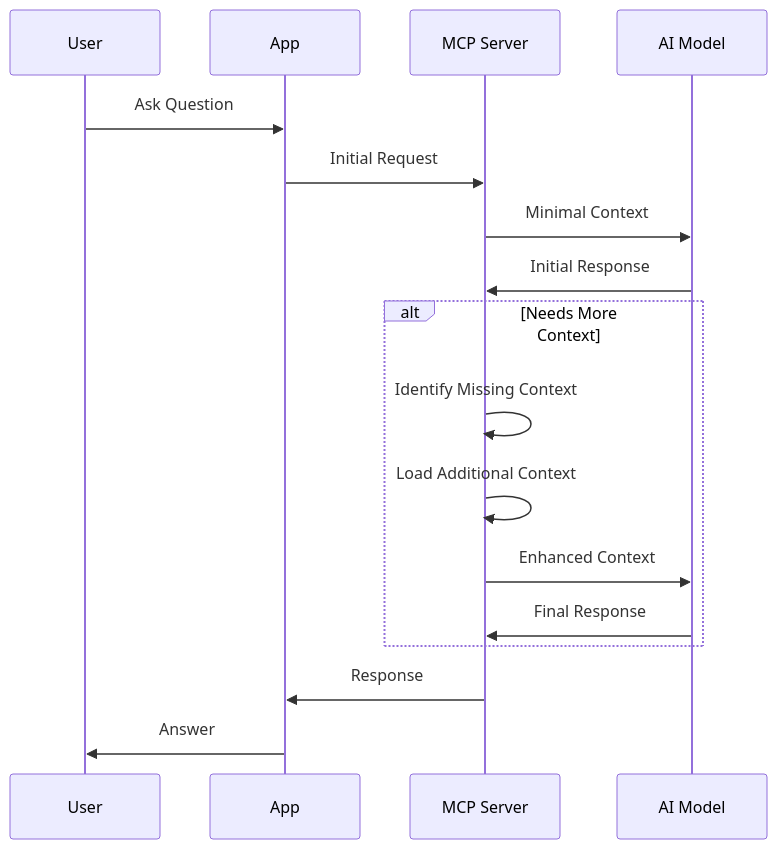
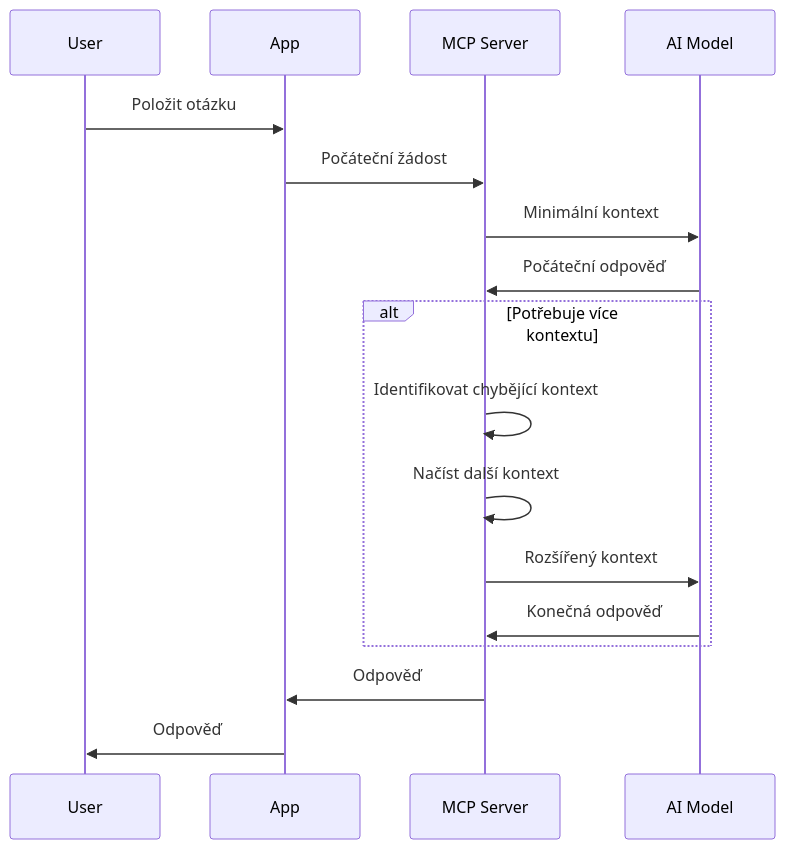
The fourth of 6 diagrams in mcp_ecosystem__model_context_protocol/mcp_learning_resources/mcp-for-beginners/translations/cs/05-AdvancedTopics/mcp-contextengineering/README.md (HIDORAKAI002/ai-workspace-archive), drawn with Mermaid before and after one commit. The commit also changed other lines of this file and 1046 other files, not shown here.

````diff
--- a/mcp_ecosystem__model_context_protocol/mcp_learning_resources/mcp-for-beginners/translations/cs/05-AdvancedTopics/mcp-contextengineering/README.md
+++ b/mcp_ecosystem__model_context_protocol/mcp_learning_resources/mcp-for-beginners/translations/cs/05-AdvancedTopics/mcp-contextengineering/README.md
@@ -208,22 +210,22 @@
 ```mermaid
 sequenceDiagram
     participant User
     participant App
     participant MCP Server
     participant AI Model
 
-    User->>App: Ask Question
-    App->>MCP Server: Initial Request
-    MCP Server->>AI Model: Minimal Context
-    AI Model->>MCP Server: Initial Response
+    User->>App: Položit otázku
+    App->>MCP Server: Počáteční žádost
+    MCP Server->>AI Model: Minimální kontext
+    AI Model->>MCP Server: Počáteční odpověď
     
-    alt Needs More Context
-        MCP Server->>MCP Server: Identify Missing Context
-        MCP Server->>MCP Server: Load Additional Context
-        MCP Server->>AI Model: Enhanced Context
-        AI Model->>MCP Server: Final Response
+    alt Potřebuje více kontextu
+        MCP Server->>MCP Server: Identifikovat chybějící kontext
+        MCP Server->>MCP Server: Načíst další kontext
+        MCP Server->>AI Model: Rozšířený kontext
+        AI Model->>MCP Server: Konečná odpověď
     end
     
-    MCP Server->>App: Response
-    App->>User: Answer
+    MCP Server->>App: Odpověď
+    App->>User: Odpověď
 ```
````
